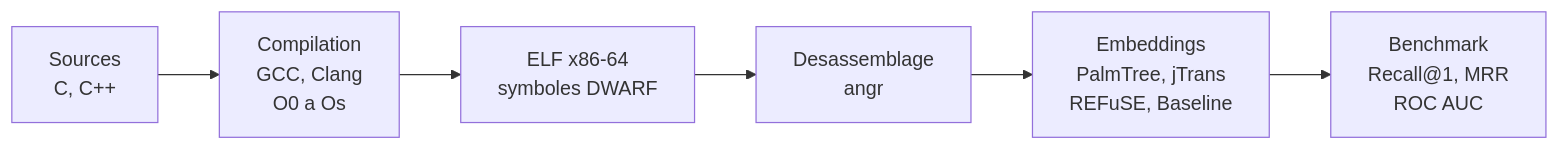
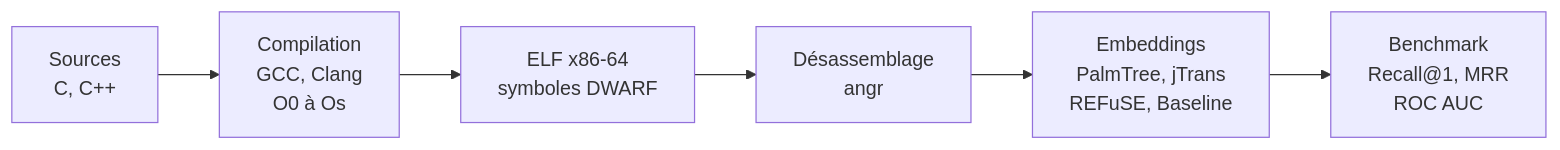
One commit to BelgacemS/bcsd-benchmark changed the diagram in README.md. Above: the diagram before and after it, drawn with Mermaid. The commit also changed other lines of this file, not shown here.

````diff
--- a/README.md
+++ b/README.md
@@ -34,8 +34,8 @@
 ```mermaid
 flowchart LR
-    A["Sources\nC, C++"] --> B["Compilation\nGCC, Clang\nO0 a Os"]
+    A["Sources\nC, C++"] --> B["Compilation\nGCC, Clang\nO0 à Os"]
     B --> C["ELF x86-64\nsymboles DWARF"]
-    C --> D["Desassemblage\nangr"]
+    C --> D["Désassemblage\nangr"]
     D --> E["Embeddings\nPalmTree, jTrans\nREFuSE, Baseline"]
     E --> F["Benchmark\nRecall@1, MRR\nROC AUC"]
 ```
````
